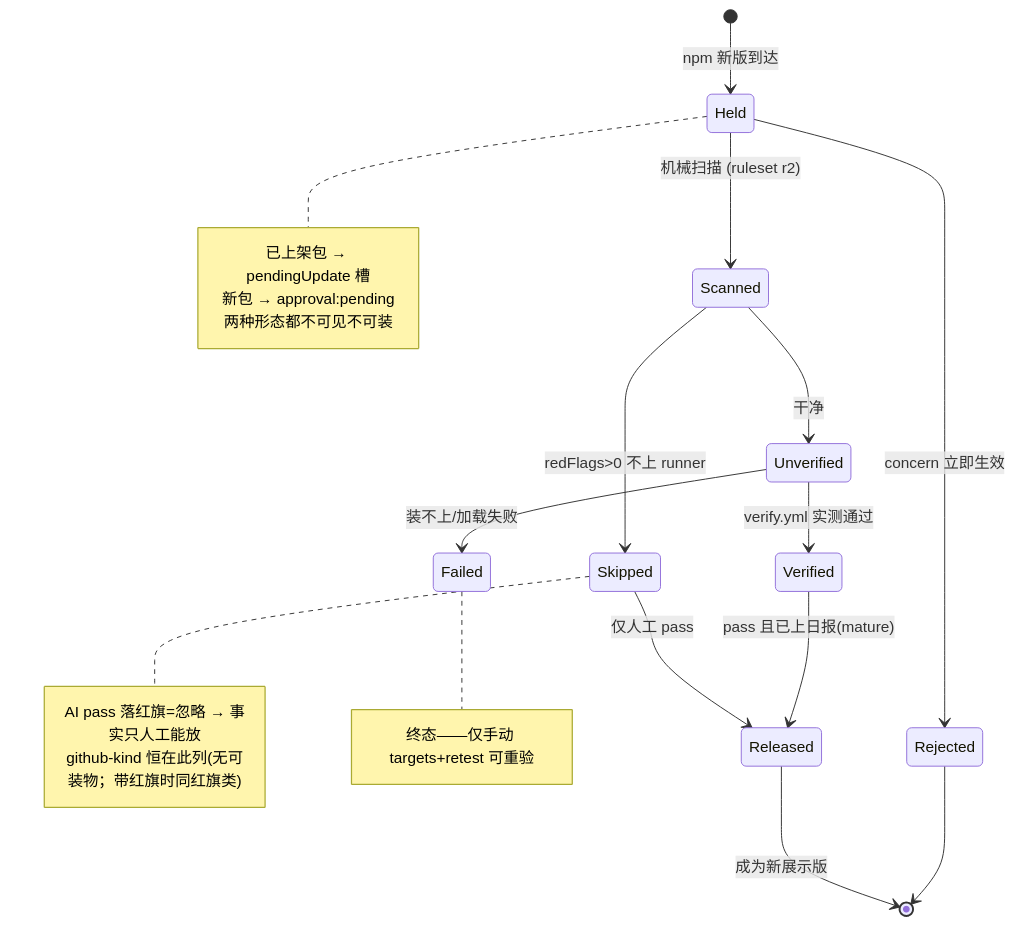
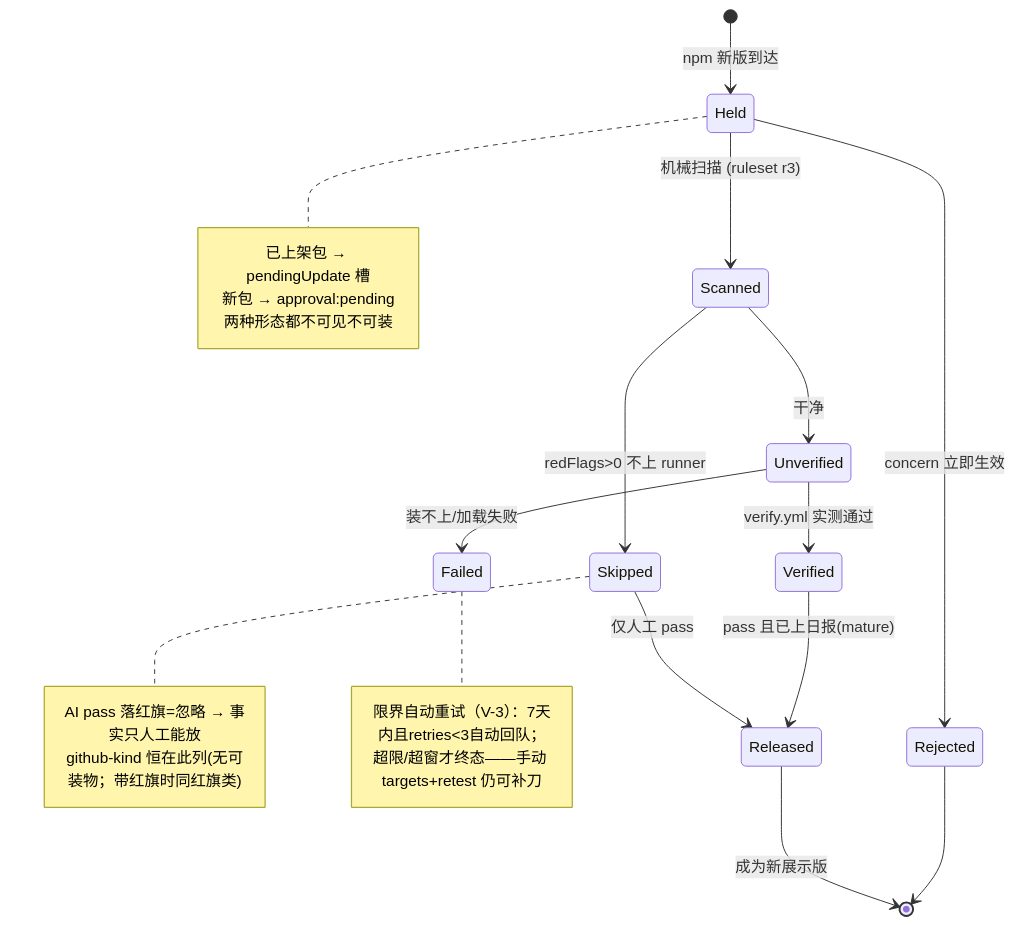
The eighth of 11 diagrams in docs/DATA-FLOWS.md (awesome-market/awesome-opencode-market), drawn with Mermaid before and after one commit. The commit also changed other lines of this file and 8 other files, not shown here.

````diff
--- a/docs/DATA-FLOWS.md
+++ b/docs/DATA-FLOWS.md
@@ -476,26 +544,27 @@
 ```mermaid
 stateDiagram-v2
   [*] --> Held: npm 新版到达
   note right of Held
     已上架包 → pendingUpdate 槽
     新包 → approval:pending
     两种形态都不可见不可装
   end note
-  Held --> Scanned: 机械扫描 (ruleset r2)
+  Held --> Scanned: 机械扫描 (ruleset r3)
   Scanned --> Skipped: redFlags>0 不上 runner
   Scanned --> Unverified: 干净
   Unverified --> Verified: verify.yml 实测通过
   Unverified --> Failed: 装不上/加载失败
   Verified --> Released: pass 且已上日报(mature)
   Skipped --> Released: 仅人工 pass
   Held --> Rejected: concern 立即生效
   Rejected --> [*]
   Released --> [*]: 成为新展示版
   note right of Skipped
     AI pass 落红旗=忽略 → 事实只人工能放
     github-kind 恒在此列(无可装物；带红旗时同红旗类)
   end note
   note right of Failed
-    终态——仅手动 targets+retest 可重验
+    限界自动重试（V-3）：7天内且retries<3自动回队；
+    超限/超窗才终态——手动 targets+retest 仍可补刀
   end note
 ```
````
